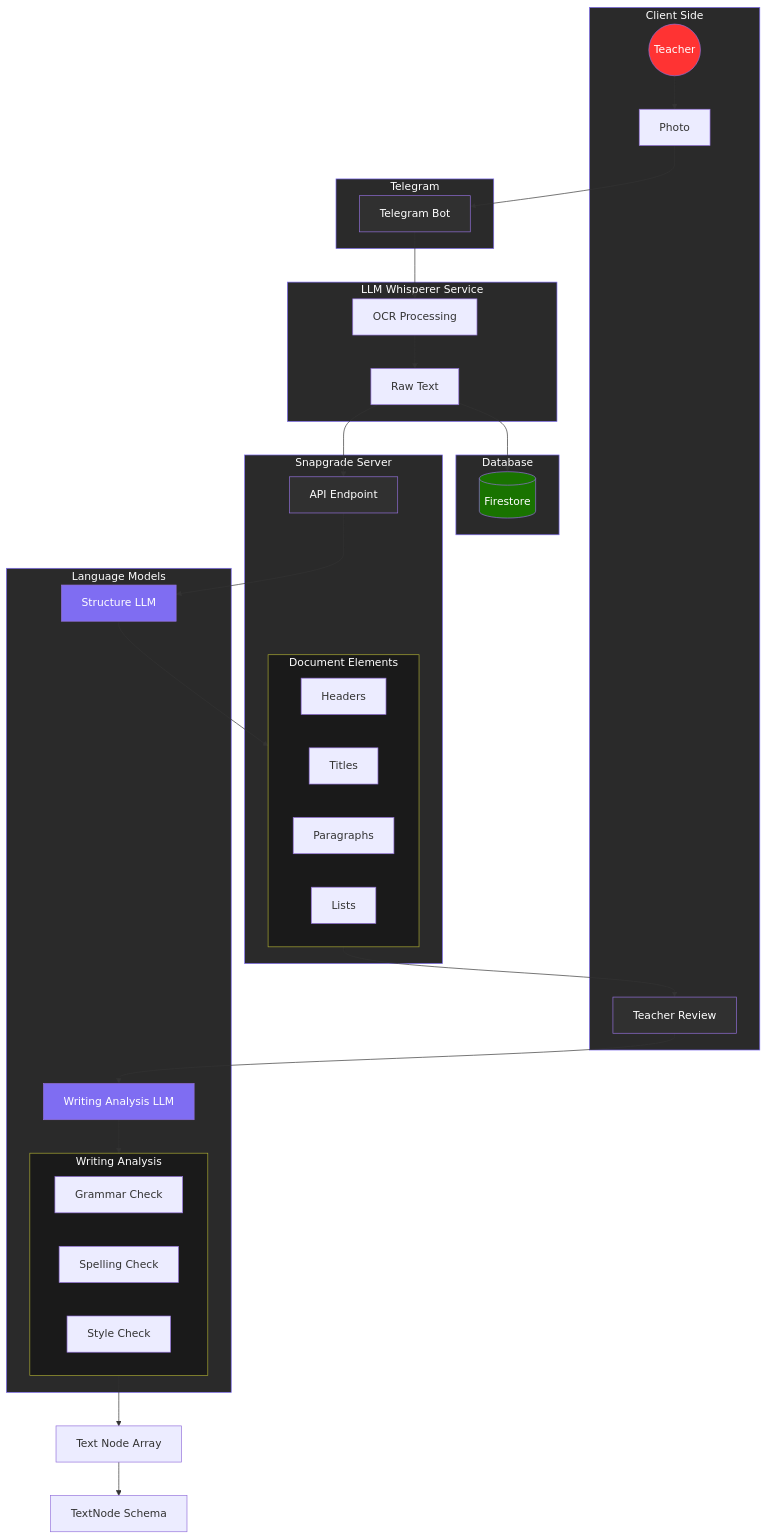
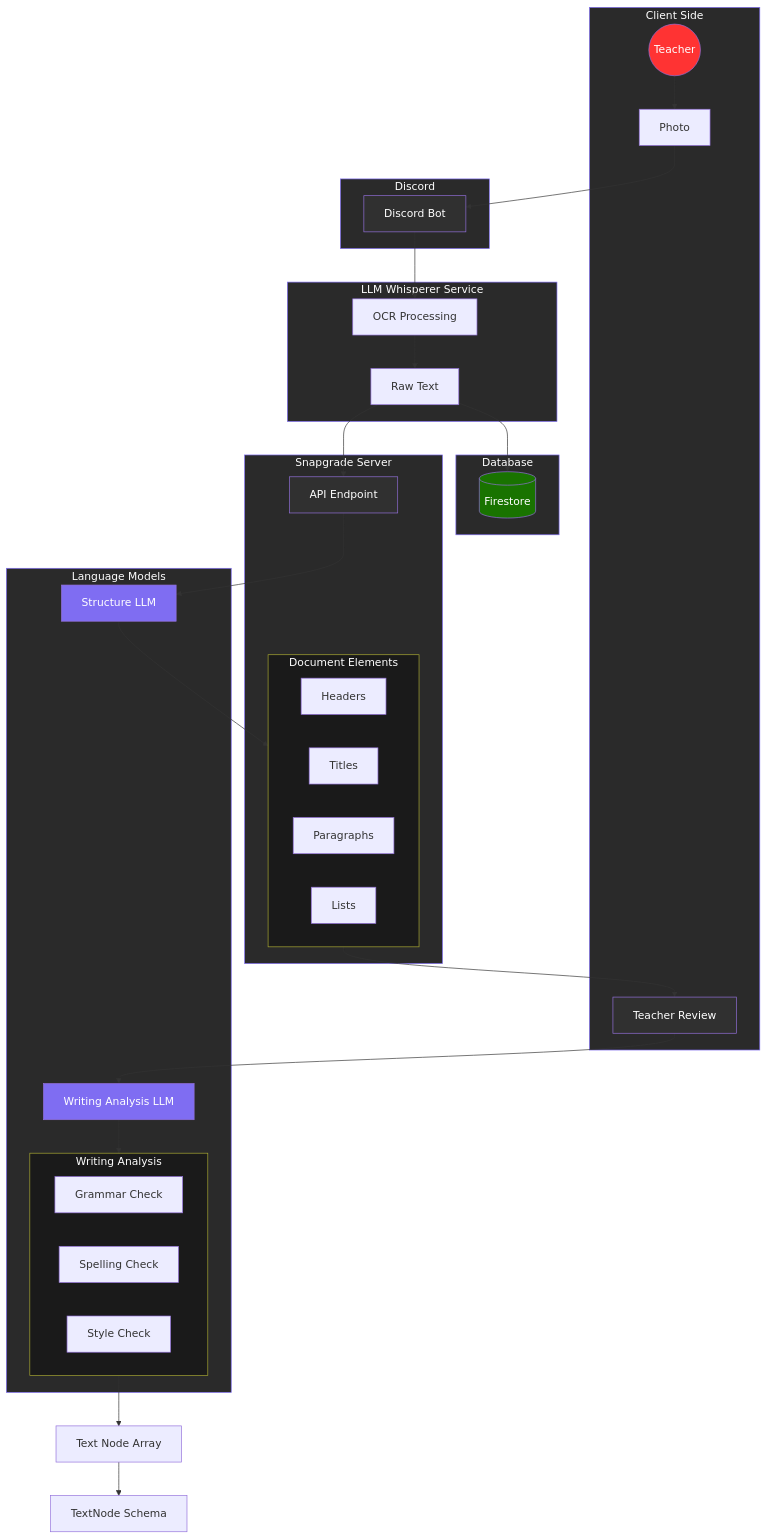
Before and after one commit to orro3790/snapgrade: the diagram in documentation/work-diagram.mermaid, drawn with Mermaid. The commit also changed 91 other files, not shown here.

```diff
--- a/documentation/work-diagram.mermaid
+++ b/documentation/work-diagram.mermaid
@@ -1,68 +1,68 @@
 flowchart TB
     subgraph Client[Client Side]
         User((Teacher)) --> Photo[Photo]
         Review[Teacher Review]
     end
 
-    subgraph TG[Telegram]
-        TBot[Telegram Bot]
+    subgraph TG[Discord]
+        TBot[Discord Bot]
         Photo --> TBot
     end
 
     subgraph LLMWhisperer[LLM Whisperer Service]
         OCR[OCR Processing]
         TBot --> OCR
         OCR --> RawText[Raw Text]
     end
 
     subgraph DB[Database]
         Firestore[(Firestore)]
         RawText --> Firestore
     end
 
     subgraph Server[Snapgrade Server]
         API[API Endpoint]
         RawText --> API
         
         subgraph DocElements[Document Elements]
             Headers[Headers]
             Titles[Titles]
             Paragraphs[Paragraphs]
             Lists[Lists]
         end
     end
 
     subgraph LLMs[Language Models]
         StructLLM[Structure LLM]
         WritingLLM[Writing Analysis LLM]
 
         API --> StructLLM
         StructLLM --> DocElements
         DocElements --> Review
         Review --> WritingLLM
         
         subgraph Analysis[Writing Analysis]
             Grammar[Grammar Check]
             Spelling[Spelling Check]
             Style[Style Check]
         end
         
         WritingLLM --> Analysis
     end
 
     Analysis --> Nodes[Text Node Array]
     Nodes --> Schema[TextNode Schema]
 
     classDef llm fill:#7f6df2,color:#fff
     classDef storage fill:#197300,color:#fff
     classDef process fill:#303030,color:#fff
     classDef user fill:#ff3333,color:#fff
     classDef group fill:#1a1a1a,color:#fff
     classDef actor fill:#2a2a2a,stroke:#7f6df2,color:#fff
 
     class StructLLM,WritingLLM llm
     class Firestore storage
     class TBot,API,Review process
     class User user
     class DocElements,Analysis group
     class Client,TG,LLMWhisperer,DB,Server,LLMs actor
```
